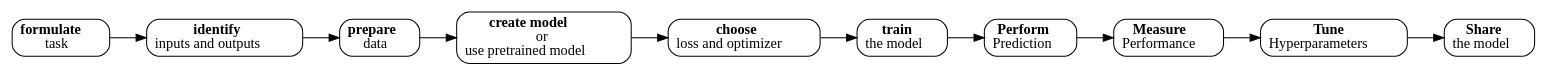
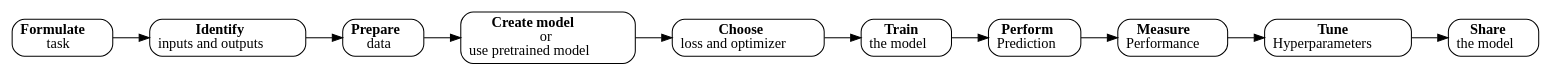
Before and after one commit to unode/deep-learning-intro: the diagram in fig/graphviz/pipeline.dot, drawn with Graphviz.

Commit message:
consistent capital letters

```diff
--- a/fig/graphviz/pipeline.dot
+++ b/fig/graphviz/pipeline.dot
@@ -1,22 +1,22 @@
 digraph {
     #configs
 	rankdir=LR;
     node [shape=rect, style=rounded]
 
     #special nodes
-    formulate [label=<<B>formulate</B><BR/>task>]
-    i_o [label=<<B>identify</B><BR/>inputs and outputs>]
-    prepare [label=<<B>prepare</B><BR/>data>]
-	create_model [label=<<B>create model </B><BR/>or<BR/>use pretrained model>]
-    loss [label=<<B>choose</B><BR/>loss and optimizer>]
-    train [label=<<B>train</B><BR/>the model>]
+    formulate [label=<<B>Formulate</B><BR/>task>]
+    i_o [label=<<B>Identify</B><BR/>inputs and outputs>]
+    prepare [label=<<B>Prepare</B><BR/>data>]
+	create_model [label=<<B>Create model </B><BR/>or<BR/>use pretrained model>]
+    loss [label=<<B>Choose</B><BR/>loss and optimizer>]
+    train [label=<<B>Train</B><BR/>the model>]
     predict [label=<<B>Perform</B><BR/>Prediction>]
     quality [label=<<B>Measure</B><BR/>Performance>]
     tune [label=<<B>Tune</B><BR/>Hyperparameters>]
     share [label=<<B>Share</B><BR/>the model>]
 
     #the graph
     formulate -> i_o -> prepare 
     prepare -> create_model -> loss
     loss -> train -> predict -> quality -> tune -> share
 }
```
